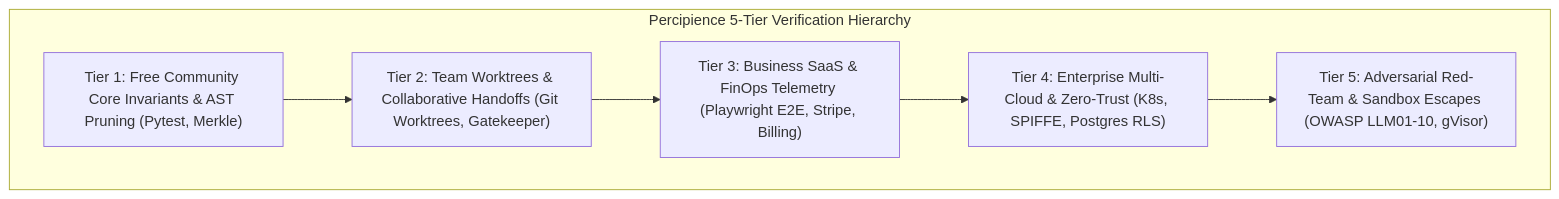
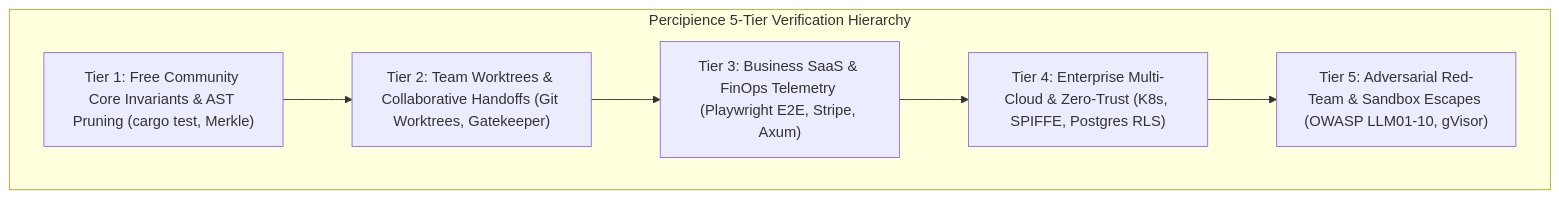
One commit to lakhwindersingh/nb_fairyfly changed the diagram in .nb/plan/test/concise.md. Above: the diagram before and after it, drawn with Mermaid. The commit also changed other lines of this file and 66 other files, not shown here.

````diff
--- a/.nb/plan/test/concise.md
+++ b/.nb/plan/test/concise.md
@@ -17,11 +17,11 @@
 ```mermaid
 flowchart TD
   subgraph TestPyramid["Percipience 5-Tier Verification Hierarchy"]
     T5["Tier 5: Adversarial Red-Team & Sandbox Escapes (OWASP LLM01-10, gVisor)"]
     T4["Tier 4: Enterprise Multi-Cloud & Zero-Trust (K8s, SPIFFE, Postgres RLS)"]
-    T3["Tier 3: Business SaaS & FinOps Telemetry (Playwright E2E, Stripe, Billing)"]
+    T3["Tier 3: Business SaaS & FinOps Telemetry (Playwright E2E, Stripe, Axum)"]
     T2["Tier 2: Team Worktrees & Collaborative Handoffs (Git Worktrees, Gatekeeper)"]
-    T1["Tier 1: Free Community Core Invariants & AST Pruning (Pytest, Merkle)"]
+    T1["Tier 1: Free Community Core Invariants & AST Pruning (cargo test, Merkle)"]
   end
   T1 --> T2 --> T3 --> T4 --> T5
 ```
````
